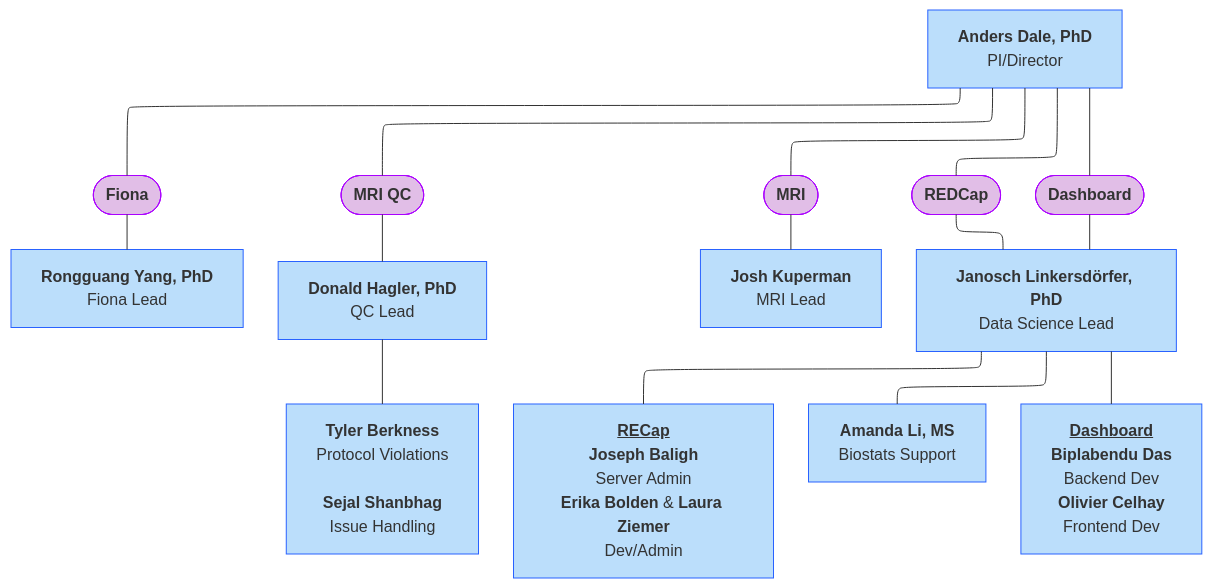
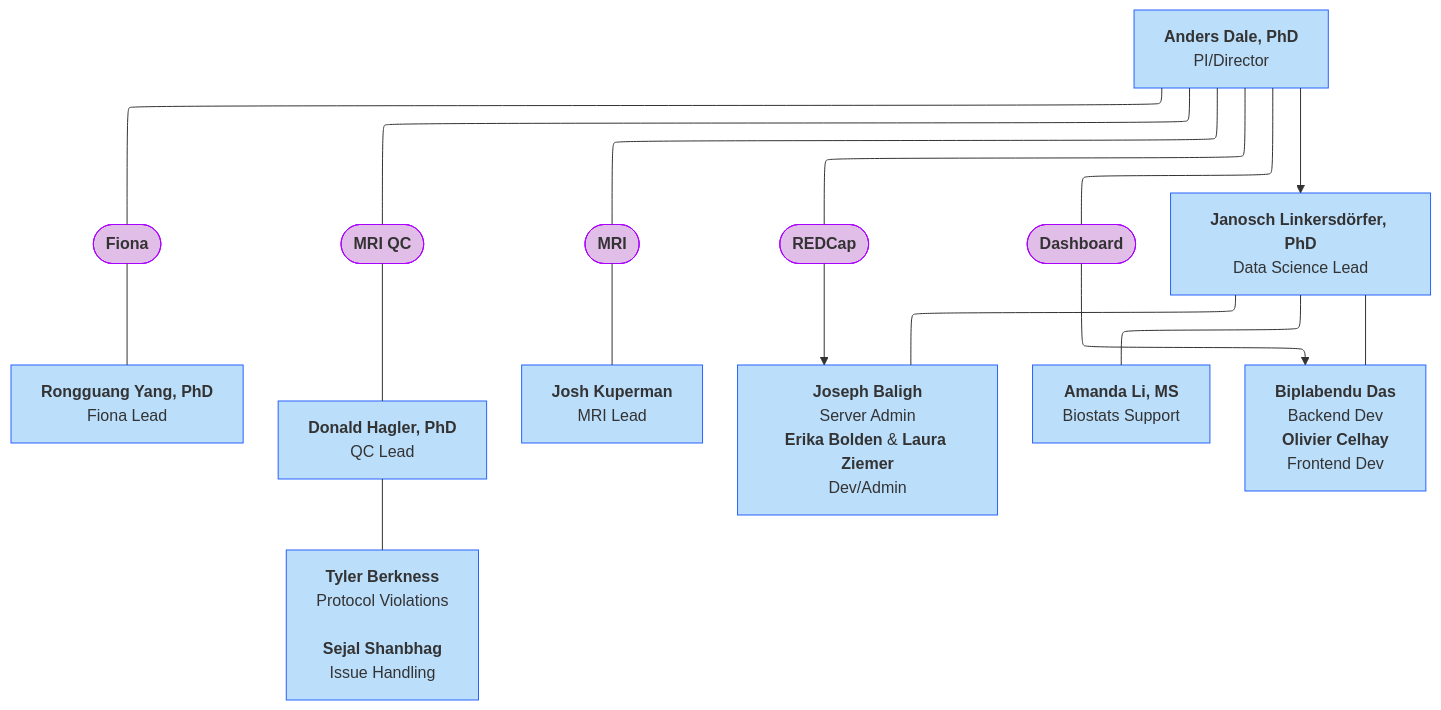
The seventh of 9 diagrams in docs/orgcharts.md (DCAN-Labs/hbcd-docs-internal), drawn with Mermaid before and after one commit. The commit also changed other lines of this file, not shown here.

Commit message:
polish UCSD team

````diff
--- a/docs/orgcharts.md
+++ b/docs/orgcharts.md
@@ -383,32 +383,30 @@
 ```mermaid
 ---
 config:
   layout: elk
 ---
 flowchart TB
-    A["<b>Anders Dale, PhD</b><br>PI/Director"] 
-    --- n1(["<b>Fiona</b>"]) & n2(["<b>MRI QC</b>"]) & n3(["<b>MRI</b>"]) & n6(["<b>REDCap</b>"]) & n15(["<b>Dashboard</b>"])
+    A["<b>Anders Dale, PhD</b><br>PI/Director"] --- n1(["<b>Fiona</b>"]) & n2(["<b>MRI QC</b>"]) & n3(["<b>MRI</b>"]) & n6(["<b>REDCap</b>"]) & n15(["<b>Dashboard</b>"])
     n1 --- n8["<b>Rongguang Yang, PhD</b><br>Fiona Lead<br>"]
     n2 --- n9["<b>Donald Hagler, PhD</b><br>QC Lead<br>"]
     n3 --- n10["<b>Josh Kuperman</b><br>MRI Lead"]
-    n6 --- n4["<b>Janosch Linkersdörfer, PhD</b><br>Data Science Lead"]
     n9 --- n13["<b>Tyler Berkness</b><br>Protocol Violations<br><br><b>Sejal Shanbhag</b><br>Issue Handling"]
-    n15 --- n4
-    n4 --- n12["<b><b><u>RECap</u></b><br>Joseph Baligh</b><br>Server Admin<br><b>Erika Bolden</b> &amp; <b>Laura Ziemer</b><br>Dev/Admin"]
-    n4 --- n18["<b>Amanda Li, MS</b><br>Biostats Support"] 
-    n4 --- n17["<b><u>Dashboard</u></b><br><b>Biplabendu Das</b><br>Backend Dev<br><b>Olivier Celhay</b><br>Frontend Dev"]
+    n4["<b>Janosch Linkersdörfer, PhD</b><br>Data Science Lead"] --- n12["<b>Joseph Baligh</b><br>Server Admin<br><b>Erika Bolden</b> &amp; <b>Laura Ziemer</b><br>Dev/Admin"] & n18["<b>Amanda Li, MS</b><br>Biostats Support"] & n17["<b>Biplabendu Das</b><br>Backend Dev<br><b>Olivier Celhay</b><br>Frontend Dev"]
+    n6 --> n12
+    n15 --> n17
+    A --> n4
     style A fill:#BBDEFB,stroke:#2962FF
     style n1 fill:#E1BEE7,stroke:#AA00FF
     style n2 fill:#E1BEE7,stroke:#AA00FF
     style n3 fill:#E1BEE7,stroke:#AA00FF
     style n6 fill:#E1BEE7,stroke:#AA00FF
     style n15 fill:#E1BEE7,stroke:#AA00FF
     style n8 fill:#BBDEFB,stroke:#2962FF
     style n9 fill:#BBDEFB,stroke:#2962FF
     style n10 fill:#BBDEFB,stroke:#2962FF
+    style n13 fill:#BBDEFB,stroke:#2962FF
     style n4 fill:#BBDEFB,stroke:#2962FF
-    style n13 fill:#BBDEFB,stroke:#2962FF
     style n12 fill:#BBDEFB,stroke:#2962FF
     style n18 fill:#BBDEFB,stroke:#2962FF
     style n17 fill:#BBDEFB,stroke:#2962FF
 ```
````
